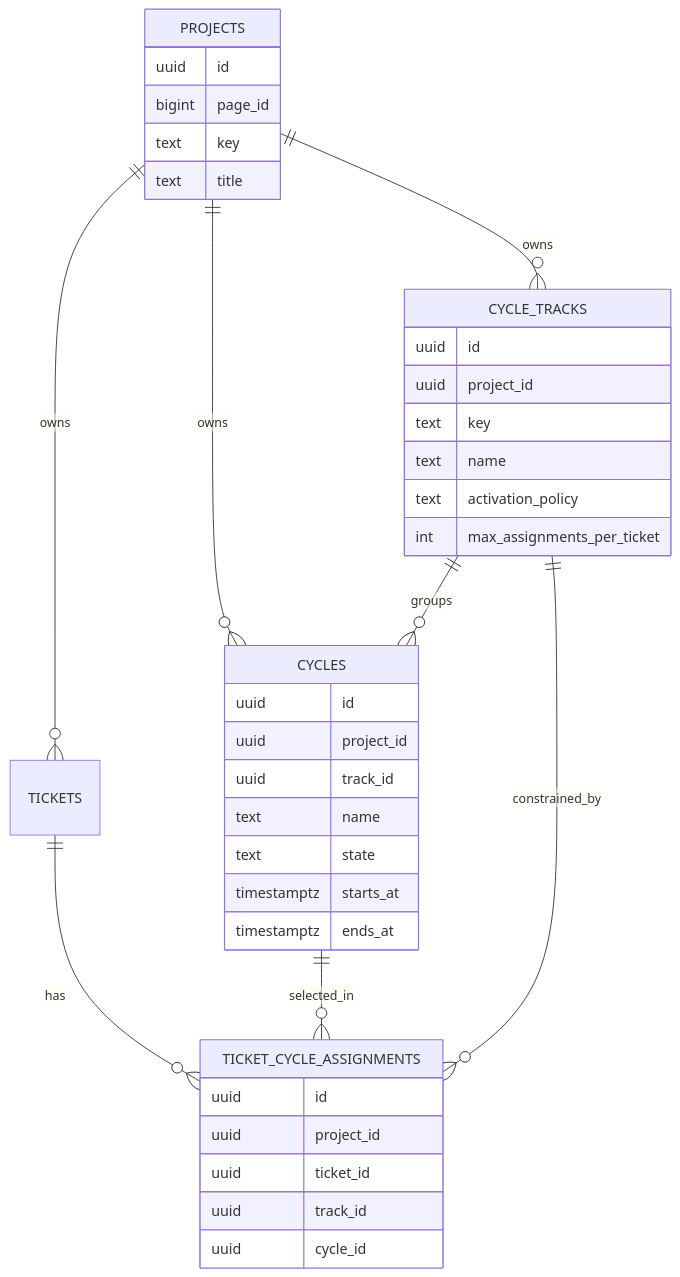
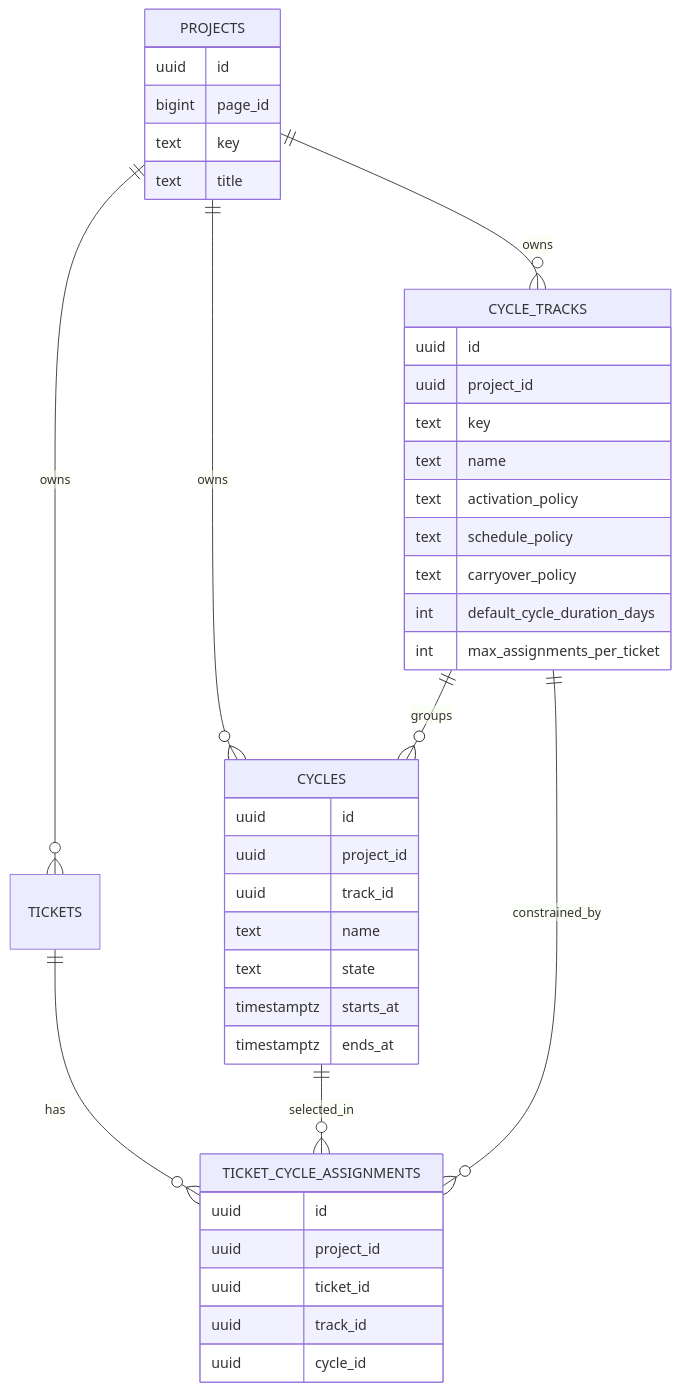
The diagram in new-features/project-management/cycles-design.md (durgakiran/beskar), drawn with Mermaid before and after one commit. The commit also changed other lines of this file and 50 other files, not shown here.

Commit message:
refactor: unify core architecture, update database migrations, and enhance editor and enterprise feature components.

````diff
--- a/new-features/project-management/cycles-design.md
+++ b/new-features/project-management/cycles-design.md
@@ -415,44 +433,47 @@
 ```mermaid
 erDiagram
   PROJECTS ||--o{ CYCLE_TRACKS : owns
   PROJECTS ||--o{ CYCLES : owns
   PROJECTS ||--o{ TICKETS : owns
   CYCLE_TRACKS ||--o{ CYCLES : groups
   TICKETS ||--o{ TICKET_CYCLE_ASSIGNMENTS : has
   CYCLES ||--o{ TICKET_CYCLE_ASSIGNMENTS : selected_in
   CYCLE_TRACKS ||--o{ TICKET_CYCLE_ASSIGNMENTS : constrained_by
 
   PROJECTS {
     uuid id
     bigint page_id
     text key
     text title
   }
 
   CYCLE_TRACKS {
     uuid id
     uuid project_id
     text key
     text name
     text activation_policy
+    text schedule_policy
+    text carryover_policy
+    int default_cycle_duration_days
     int max_assignments_per_ticket
   }
 
   CYCLES {
     uuid id
     uuid project_id
     uuid track_id
     text name
     text state
     timestamptz starts_at
     timestamptz ends_at
   }
 
   TICKET_CYCLE_ASSIGNMENTS {
     uuid id
     uuid project_id
     uuid ticket_id
     uuid track_id
     uuid cycle_id
   }
 ```
````
